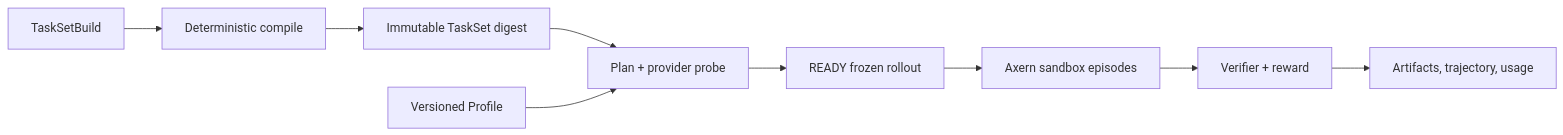
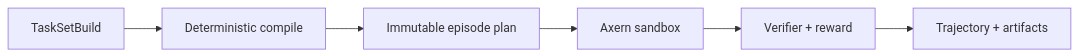
The diagram in apps/docs/src/content/docs/axrun/index.md (cofy-x/axern), drawn with Mermaid before and after one commit. The commit also changed other lines of this file and 208 other files, not shown here.

````diff
--- a/apps/docs/src/content/docs/axrun/index.md
+++ b/apps/docs/src/content/docs/axrun/index.md
@@ -26,11 +13,8 @@
 ```mermaid
 flowchart LR
     Build["TaskSetBuild"] --> Compile["Deterministic compile"]
-    Compile --> Artifact["Immutable TaskSet digest"]
-    Artifact --> Plan["Plan + provider probe"]
-    Profile["Versioned Profile"] --> Plan
-    Plan --> Ready["READY frozen rollout"]
-    Ready --> Execute["Axern sandbox episodes"]
+    Compile --> Plan["Immutable episode plan"]
+    Plan --> Execute["Axern sandbox"]
     Execute --> Verify["Verifier + reward"]
-    Verify --> Evidence["Artifacts, trajectory, usage"]
+    Verify --> Evidence["Trajectory + artifacts"]
 ```
````
